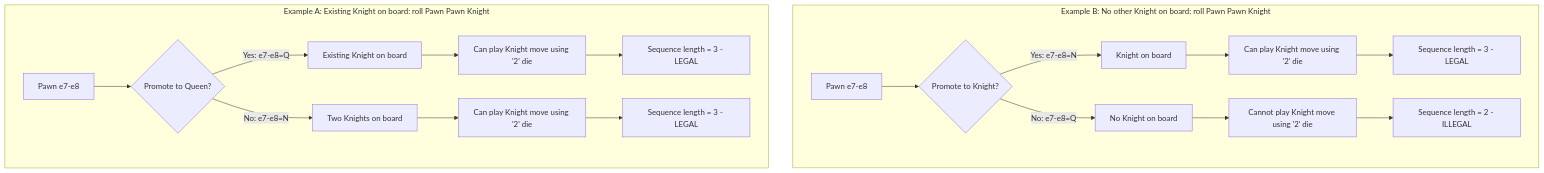
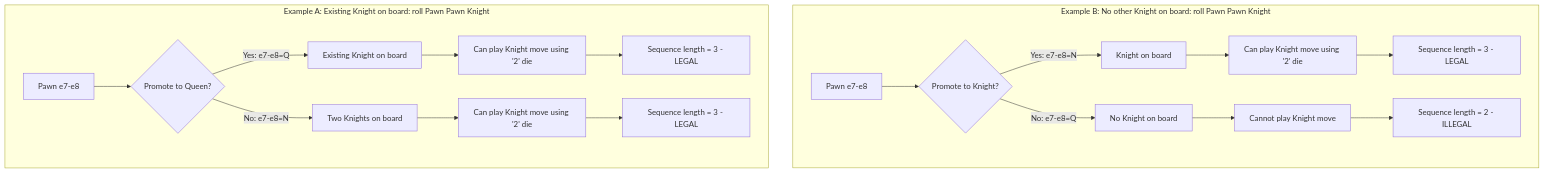
Before and after one commit to fortemate/dicechess-engine: the second of 2 diagrams in docs/src/content/docs/architecture/move-generation/05-maximum-micromoves.md, drawn with Mermaid. The commit also changed other lines of this file and 19 other files, not shown here.

````diff
--- a/docs/src/content/docs/architecture/move-generation/05-maximum-micromoves.md
+++ b/docs/src/content/docs/architecture/move-generation/05-maximum-micromoves.md
@@ -96,14 +101,14 @@
 ```mermaid
 graph TD
     subgraph Example B: No other Knight on board: roll Pawn Pawn Knight
     A1[Pawn e7-e8] --> B1{Promote to Knight?}
     B1 -- Yes: e7-e8=N --> C1[Knight on board] --> D1[Can play Knight move using '2' die] --> E1[Sequence length = 3 - LEGAL]
-    B1 -- No: e7-e8=Q --> F1[No Knight on board] --> G1[Cannot play Knight move using '2' die] --> H1[Sequence length = 2 - ILLEGAL]
+    B1 -- No: e7-e8=Q --> F1[No Knight on board] --> G1[Cannot play Knight move] --> H1[Sequence length = 2 - ILLEGAL]
     end
-
+    
     subgraph Example A: Existing Knight on board: roll Pawn Pawn Knight
     A2[Pawn e7-e8] --> B2{Promote to Queen?}
     B2 -- Yes: e7-e8=Q --> C2[Existing Knight on board] --> D2[Can play Knight move using '2' die] --> E2[Sequence length = 3 - LEGAL]
     B2 -- No: e7-e8=N --> F2[Two Knights on board] --> G2[Can play Knight move using '2' die] --> H2[Sequence length = 3 - LEGAL]
     end
 ```
````
